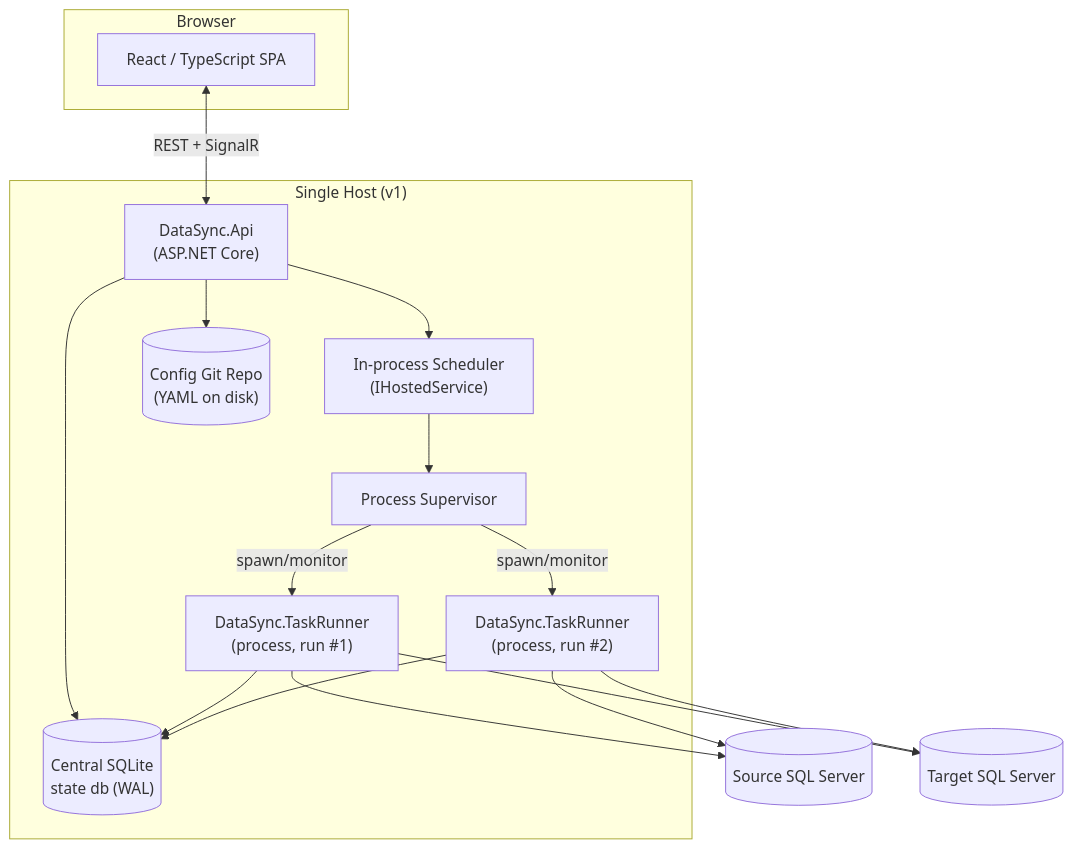
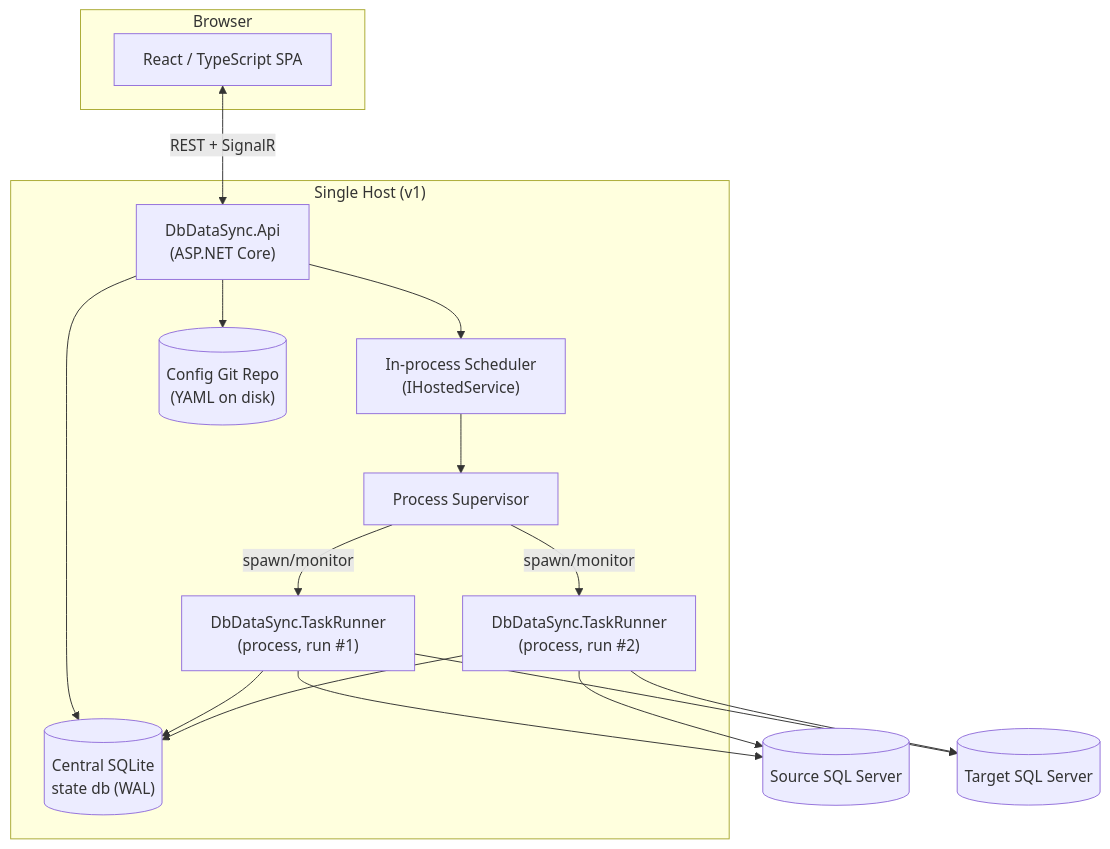
The diagram in architecture/detailed-design.md (DbDataSync/DbDataSync), drawn with Mermaid before and after one commit. The commit also changed other lines of this file and 1244 other files, not shown here.

````diff
--- a/architecture/detailed-design.md
+++ b/architecture/detailed-design.md
@@ -34,33 +34,33 @@
 ```mermaid
 flowchart TB
     subgraph Browser
         SPA["React / TypeScript SPA"]
     end
 
     subgraph Host["Single Host (v1)"]
-        API["DataSync.Api\n(ASP.NET Core)"]
+        API["DbDataSync.Api\n(ASP.NET Core)"]
         SCHED["In-process Scheduler\n(IHostedService)"]
         SUP["Process Supervisor"]
         GITREPO[("Config Git Repo\n(YAML on disk)")]
         SQLITE[("Central SQLite\nstate db (WAL)")]
-        RUNNER1["DataSync.TaskRunner\n(process, run #1)"]
-        RUNNER2["DataSync.TaskRunner\n(process, run #2)"]
+        RUNNER1["DbDataSync.TaskRunner\n(process, run #1)"]
+        RUNNER2["DbDataSync.TaskRunner\n(process, run #2)"]
     end
 
     SRC[("Source SQL Server")]
     TGT[("Target SQL Server")]
 
     SPA <-->|REST + SignalR| API
     API --> GITREPO
     API --> SQLITE
     API --> SCHED
     SCHED --> SUP
     SUP -->|spawn/monitor| RUNNER1
     SUP -->|spawn/monitor| RUNNER2
     RUNNER1 --> SQLITE
     RUNNER2 --> SQLITE
     RUNNER1 --> SRC
     RUNNER1 --> TGT
     RUNNER2 --> SRC
     RUNNER2 --> TGT
 ```
````
